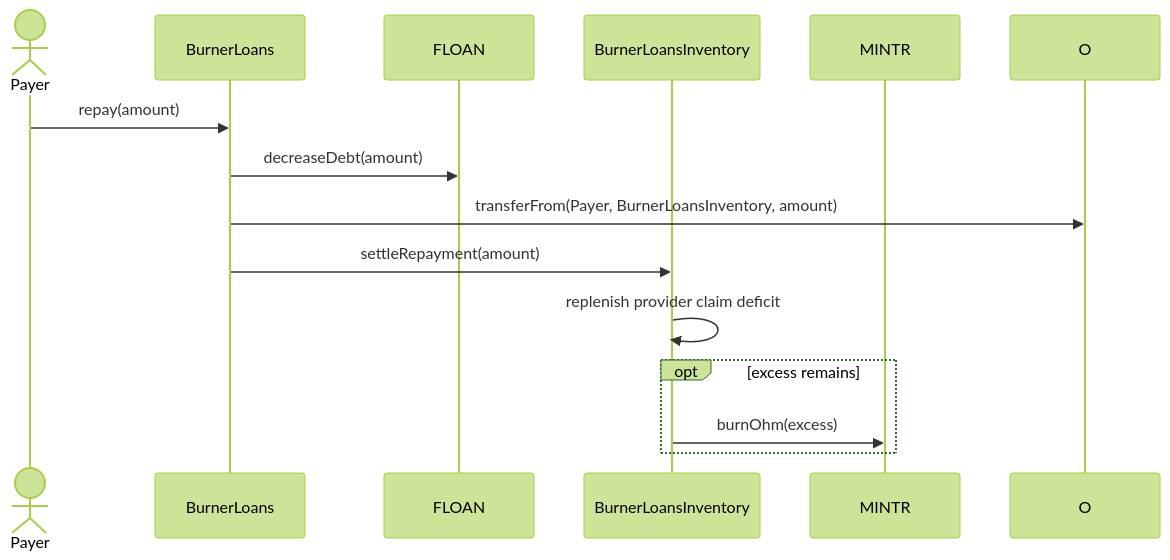
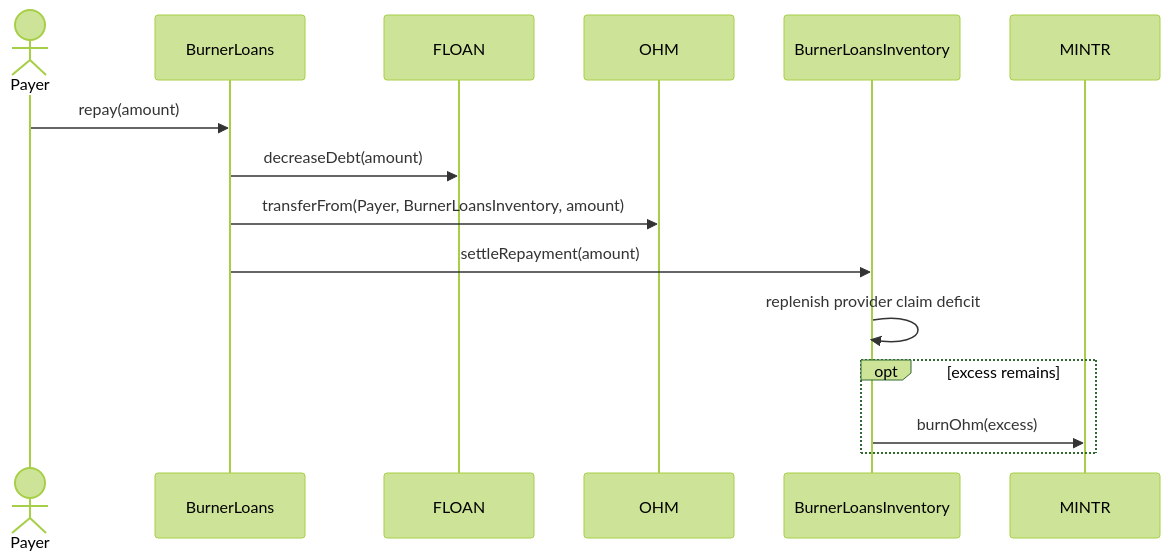
One commit to OlympusDAO/olympus-v3 changed the fourth of 4 diagrams in documentation/burner_loans.md. Above: the diagram before and after it, drawn with Mermaid (forest theme).

Commit message:
docs(burner-loans): declare repayment token participant

````diff
--- a/documentation/burner_loans.md
+++ b/documentation/burner_loans.md
@@ -175,17 +175,18 @@
 ```mermaid
 sequenceDiagram
     actor Payer
     participant BL as BurnerLoans
     participant F as FLOAN
+    participant O as OHM
     participant I as BurnerLoansInventory
     participant M as MINTR
 
     Payer->>BL: repay(amount)
     BL->>F: decreaseDebt(amount)
     BL->>O: transferFrom(Payer, BurnerLoansInventory, amount)
     BL->>I: settleRepayment(amount)
     I->>I: replenish provider claim deficit
     opt excess remains
         I->>M: burnOhm(excess)
     end
 ```
````
